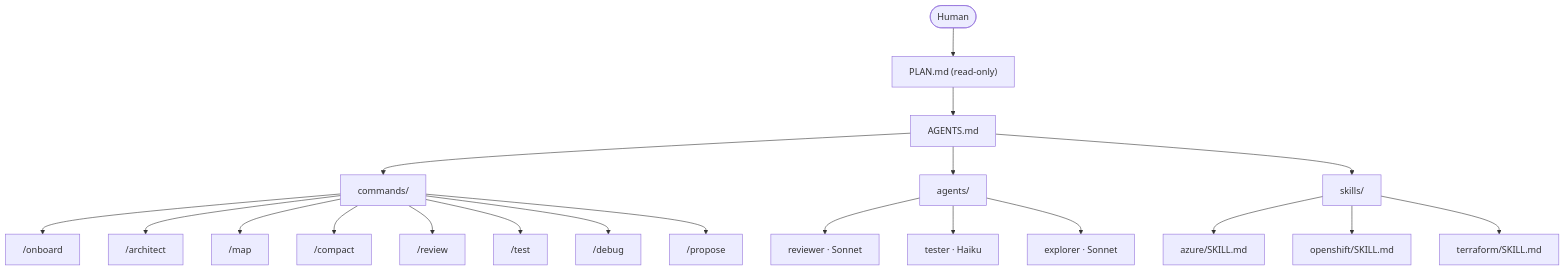
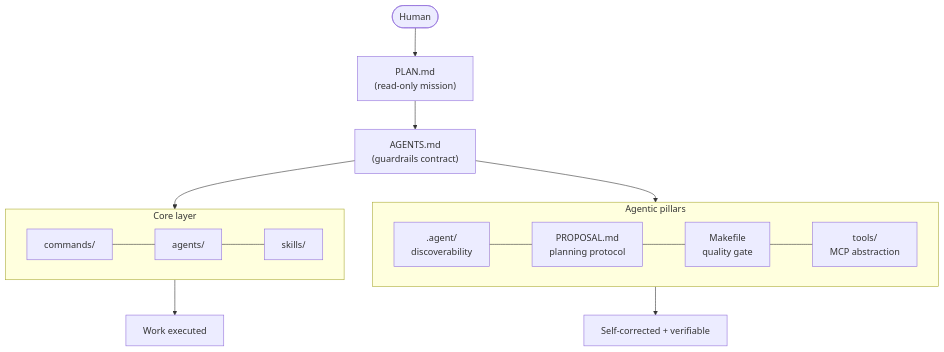
One commit to ba544a7c93f99fcc91e78e0c49c2008c/opencode-starter changed the first of 6 diagrams in README.md. Above: the diagram before and after it, drawn with Mermaid. The commit also changed other lines of this file, not shown here.

Commit message:
docs: update README — new diagrams for quality gate, self-test, /propose flow, updated structure tree

````diff
--- a/README.md
+++ b/README.md
@@ -30,25 +30,22 @@
 ```mermaid
 flowchart TD
-    H([Human]) --> P["PLAN.md (read-only)"]
-    P --> A[AGENTS.md]
-    A --> C[commands/]
-    A --> AG[agents/]
-    A --> SK[skills/]
+    H([Human]) --> P["PLAN.md\n(read-only mission)"]
 
-    C --> c1["/onboard"]
-    C --> c2["/architect"]
-    C --> c3["/map"]
-    C --> c4["/compact"]
-    C --> c5["/review"]
-    C --> c6["/test"]
-    C --> c7["/debug"]
-    C --> c8["/propose"]
+    P --> AGENTS["AGENTS.md\n(guardrails contract)"]
 
-    AG --> a1["reviewer · Sonnet"]
-    AG --> a2["tester · Haiku"]
-    AG --> a3["explorer · Sonnet"]
+    AGENTS --> CORE["Core layer"]
+    AGENTS --> PILLARS["Agentic pillars"]
 
-    SK --> s1[azure/SKILL.md]
-    SK --> s2[openshift/SKILL.md]
-    SK --> s3[terraform/SKILL.md]
+    subgraph CORE["Core layer"]
+        direction LR
+        C[commands/] --- AG[agents/] --- SK[skills/]
+    end
+
+    subgraph PILLARS["Agentic pillars"]
+        direction LR
+        D[".agent/\ndiscoverability"] --- PR["PROPOSAL.md\nplanning protocol"] --- MK["Makefile\nquality gate"] --- TL["tools/\nMCP abstraction"]
+    end
+
+    CORE --> OUT1[Work executed]
+    PILLARS --> OUT2[Self-corrected + verifiable]
 ```
````
